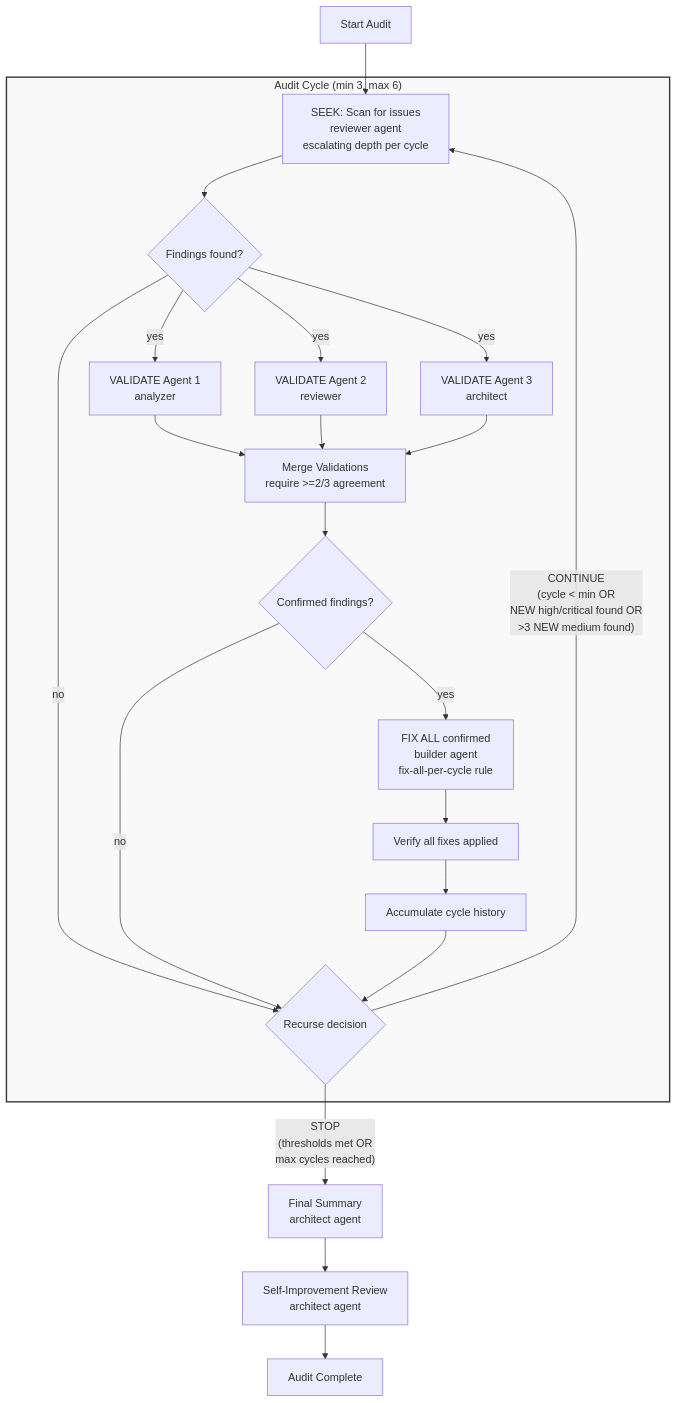
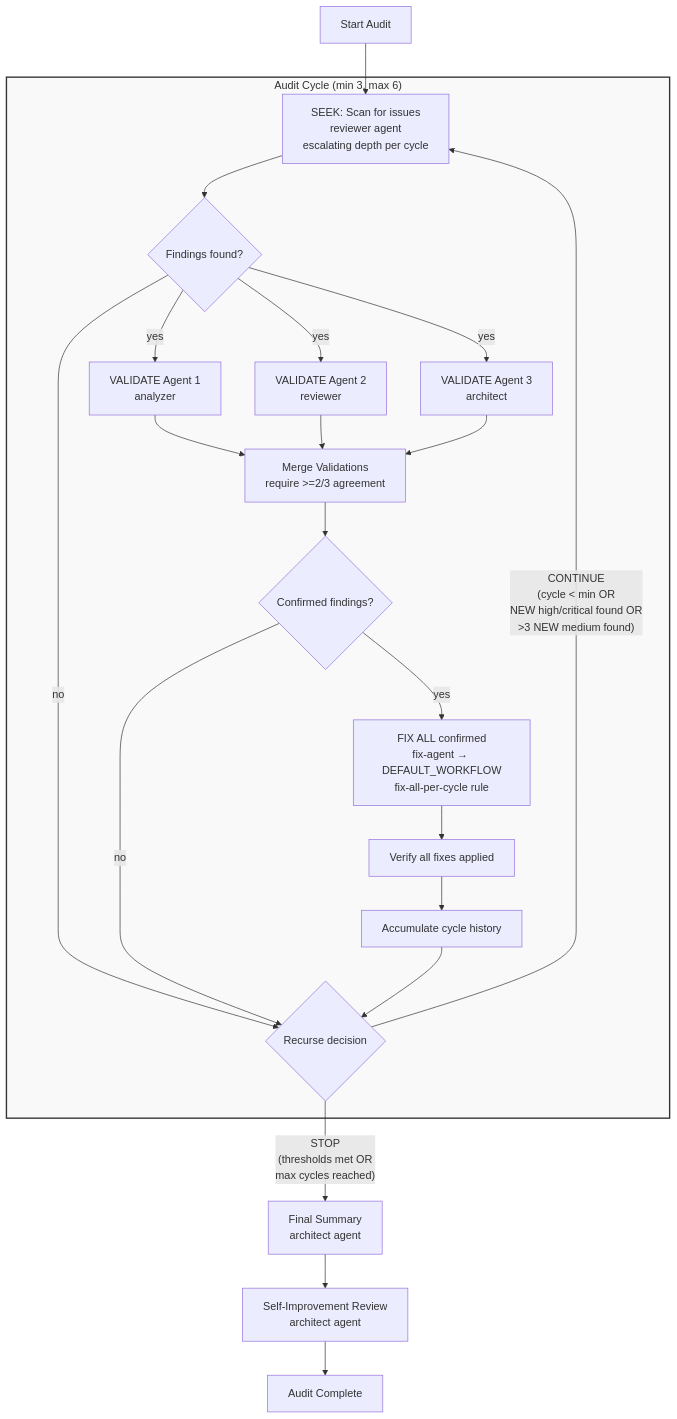
One commit to rysweet/amplihack changed the diagram in amplifier-bundle/skills/quality-audit/SKILL.md. Above: the diagram before and after it, drawn with Mermaid. The commit also changed other lines of this file and 6 other files, not shown here.

````diff
--- a/amplifier-bundle/skills/quality-audit/SKILL.md
+++ b/amplifier-bundle/skills/quality-audit/SKILL.md
@@ -13,25 +13,25 @@
 ```mermaid
 flowchart TD
     START[Start Audit] --> SEEK
 
     subgraph CYCLE["Audit Cycle (min 3, max 6)"]
         SEEK[SEEK: Scan for issues<br/>reviewer agent<br/>escalating depth per cycle] --> VAL_CHECK{Findings found?}
         VAL_CHECK -->|no| DECISION
         VAL_CHECK -->|yes| V1[VALIDATE Agent 1<br/>analyzer] & V2[VALIDATE Agent 2<br/>reviewer] & V3[VALIDATE Agent 3<br/>architect]
         V1 & V2 & V3 --> MERGE[Merge Validations<br/>require >=2/3 agreement]
         MERGE --> FIX_CHECK{Confirmed findings?}
         FIX_CHECK -->|no| DECISION
-        FIX_CHECK -->|yes| FIX[FIX ALL confirmed<br/>builder agent<br/>fix-all-per-cycle rule]
+        FIX_CHECK -->|yes| FIX[FIX ALL confirmed<br/>fix-agent → DEFAULT_WORKFLOW<br/>fix-all-per-cycle rule]
         FIX --> VERIFY[Verify all fixes applied]
         VERIFY --> ACCUM[Accumulate cycle history]
         ACCUM --> DECISION{Recurse decision}
     end
 
     DECISION -->|"CONTINUE<br/>(cycle < min OR<br/>NEW high/critical found OR<br/>>3 NEW medium found)"| SEEK
     DECISION -->|"STOP<br/>(thresholds met OR<br/>max cycles reached)"| SUMMARY
 
     SUMMARY[Final Summary<br/>architect agent] --> SELF[Self-Improvement Review<br/>architect agent]
     SELF --> DONE[Audit Complete]
 
     style CYCLE fill:#f9f9f9,stroke:#333,stroke-width:2px
 ```
````
